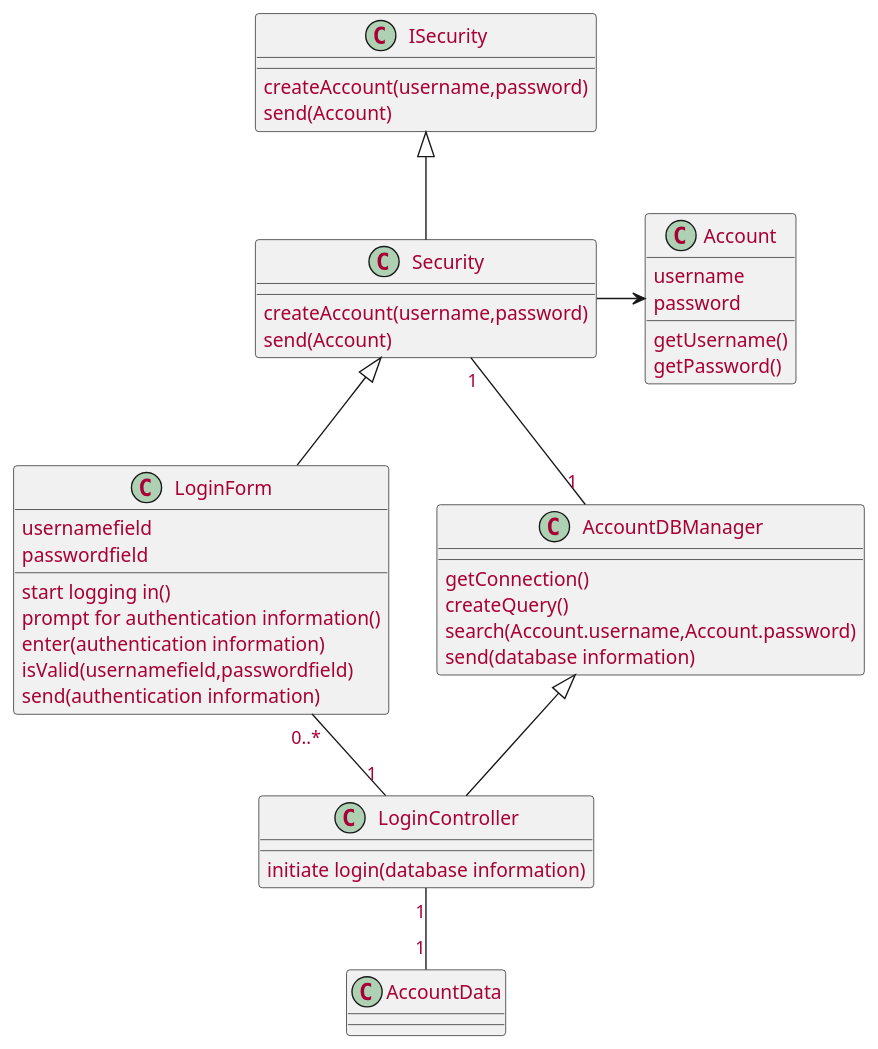
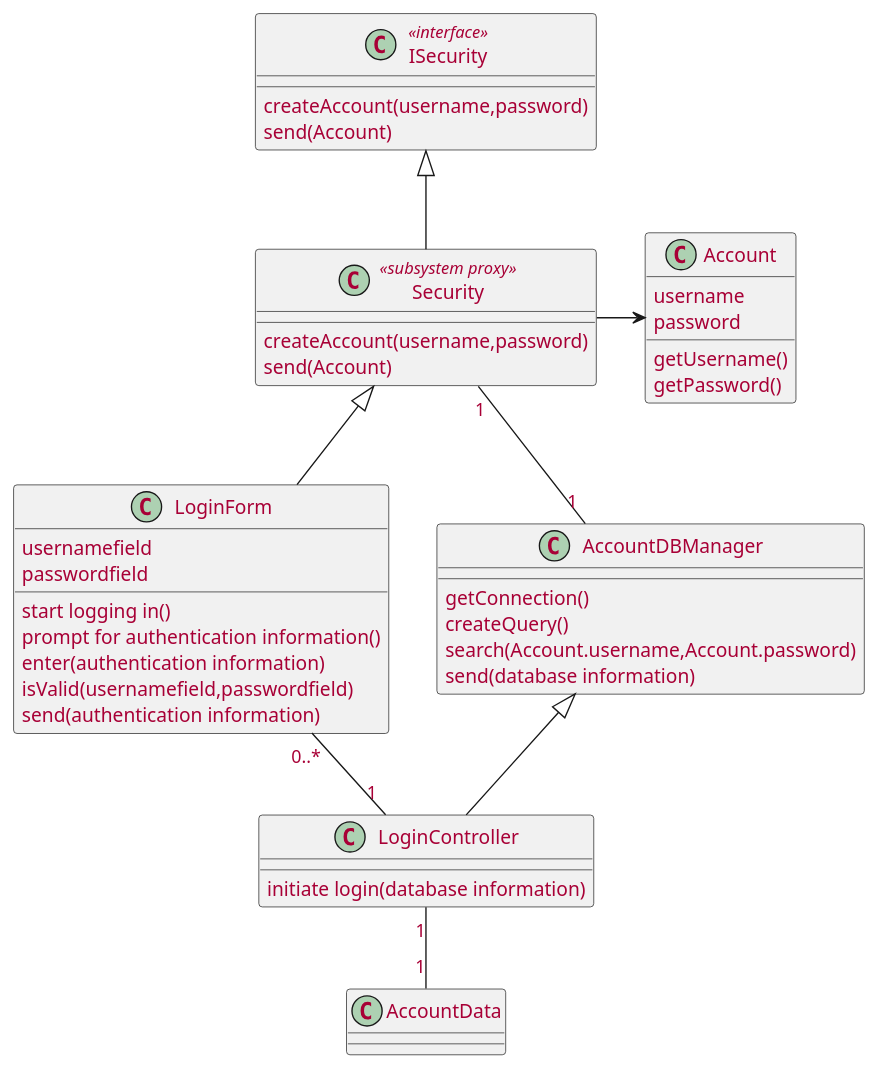
One commit to McSinyx/ipppi changed the second of 6 diagrams in source/solution/use-case-design.rst. Above: the diagram before and after it, drawn with PlantUML.

```diff
--- a/source/solution/use-case-design.rst
+++ b/source/solution/use-case-design.rst
@@ -48,46 +48,46 @@
 .. uml::
 
    skinparam defaultFontColor #a80036
    
    class Account {
      username
      password
      getUsername()
      getPassword()
    }
 
    class LoginForm extends Security {
       usernamefield
       passwordfield
       start logging in()
       prompt for authentication information()
       enter(authentication information)
       isValid(usernamefield,passwordfield)
       send(authentication information)
    }
-   class ISecurity {
+   class ISecurity <<interface>> {
       createAccount(username,password)
       send(Account)  
    }
-   class Security extends ISecurity {
+   class Security <<subsystem proxy>> extends ISecurity {
       createAccount(username,password)
       send(Account)
    }
    class AccountDBManager {
       getConnection()
       createQuery()
       search(Account.username,Account.password)
       send(database information)
    }
    class LoginController extends AccountDBManager {
        initiate login(database information)
    }
    
    class AccountData {
     
    }
 
    LoginForm "0..*" -- "1" LoginController
    LoginController "1" -- "1" AccountData
    Security -> Account
    Security "1" -- "1" AccountDBManager
```
